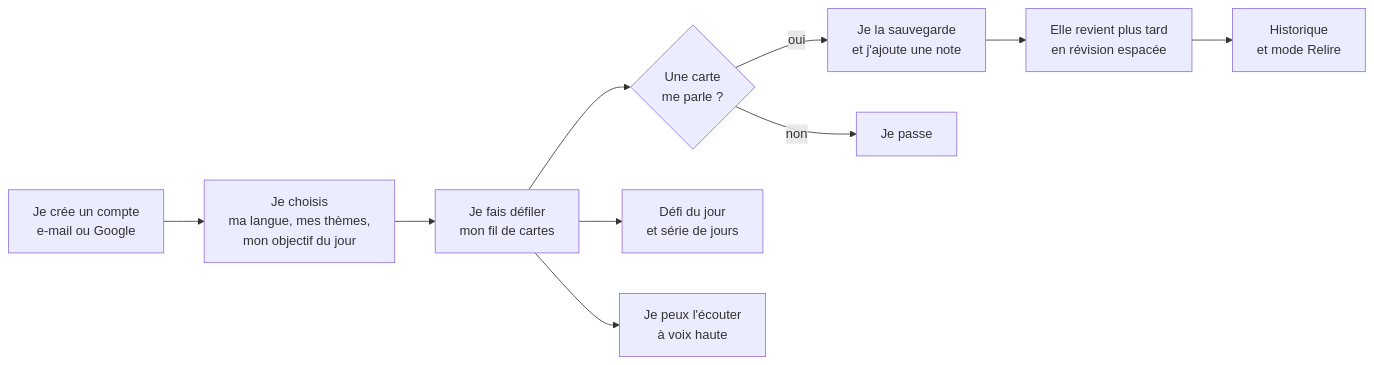
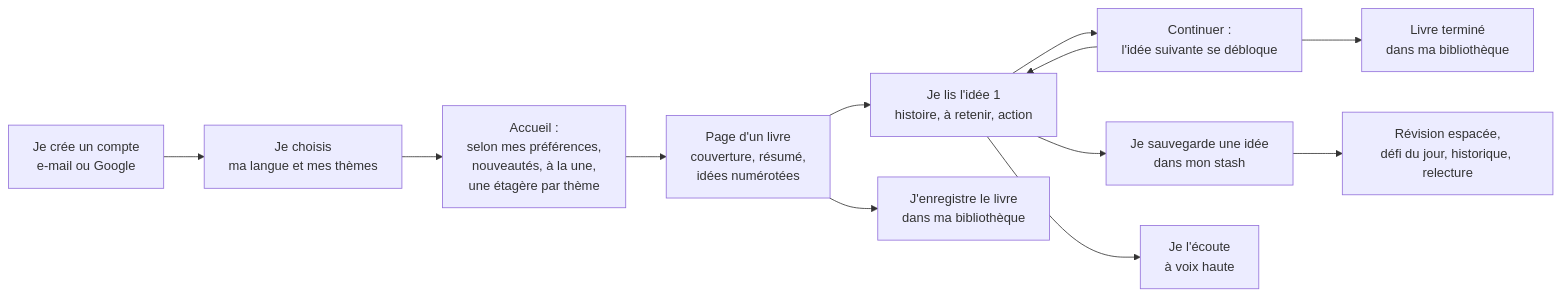
One commit to sami136kwe/deepstatsh changed the first of 13 diagrams in docs/DOCUMENTATION.md. Above: the diagram before and after it, drawn with Mermaid. The commit also changed other lines of this file and 1 other file, not shown here.

````diff
--- a/docs/DOCUMENTATION.md
+++ b/docs/DOCUMENTATION.md
@@ -46,12 +50,14 @@
 ```mermaid
 flowchart LR
-    A["Je crée un compte<br/>e-mail ou Google"] --> B["Je choisis<br/>ma langue, mes thèmes,<br/>mon objectif du jour"]
-    B --> C["Je fais défiler<br/>mon fil de cartes"]
-    C --> D{"Une carte<br/>me parle ?"}
-    D -- oui --> E["Je la sauvegarde<br/>et j'ajoute une note"]
-    D -- non --> F["Je passe"]
-    E --> G["Elle revient plus tard<br/>en révision espacée"]
-    C --> H["Défi du jour<br/>et série de jours"]
-    C --> I["Je peux l'écouter<br/>à voix haute"]
-    G --> J["Historique<br/>et mode Relire"]
+    A["Je crée un compte<br/>e-mail ou Google"] --> B["Je choisis<br/>ma langue et mes thèmes"]
+    B --> C["Accueil :<br/>selon mes préférences,<br/>nouveautés, à la une,<br/>une étagère par thème"]
+    C --> D["Page d'un livre<br/>couverture, résumé,<br/>idées numérotées"]
+    D --> E["Je lis l'idée 1<br/>histoire, à retenir, action"]
+    E --> F["Continuer :<br/>l'idée suivante se débloque"]
+    F --> E
+    F --> G["Livre terminé<br/>dans ma bibliothèque"]
+    D --> H["J'enregistre le livre<br/>dans ma bibliothèque"]
+    E --> I["Je sauvegarde une idée<br/>dans mon stash"]
+    I --> J["Révision espacée,<br/>défi du jour, historique, relecture"]
+    E --> K["Je l'écoute<br/>à voix haute"]
 ```
````
